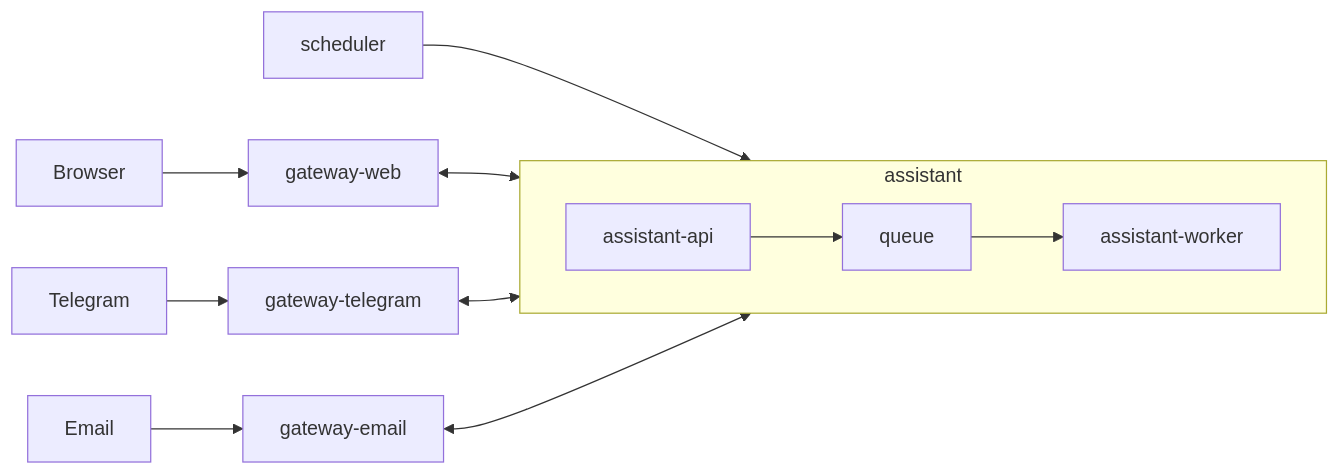
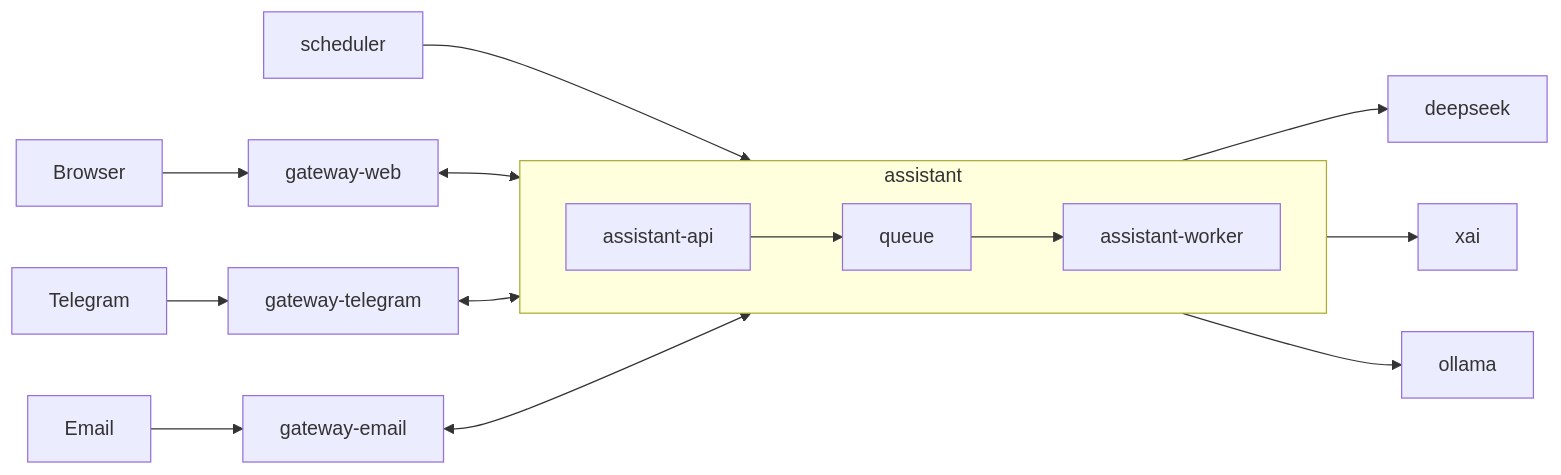
Before and after one commit to vinitu/my-concierge: the diagram in README.md, drawn with Mermaid. The commit also changed other lines of this file and 61 other files, not shown here.

````diff
--- a/README.md
+++ b/README.md
@@ -75,17 +76,20 @@
 ```mermaid
 flowchart LR
     Scheduler["scheduler"] --> Assistant
     Browser["Browser"] --> GW["gateway-web"]
     Telegram["Telegram"] --> GT["gateway-telegram"]
     Email["Email"] --> GE["gateway-email"]
+    Assistant --> DeepSeek["deepseek"]
+    Assistant --> XAI["xai"]
+    Assistant --> Ollama["ollama"]
 
     GW <--> Assistant
     GT <--> Assistant
     GE <--> Assistant
 
     subgraph Assistant["assistant"]
         direction LR
         API["assistant-api"] --> Q["queue"]
         Q --> Worker["assistant-worker"]
     end
 ```
````
